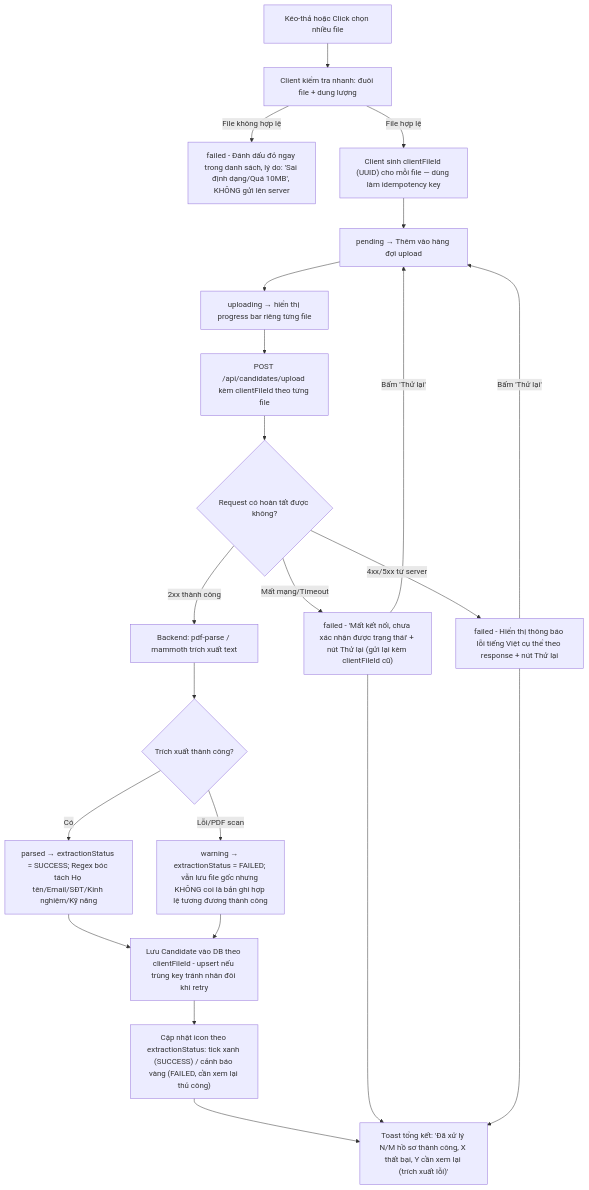
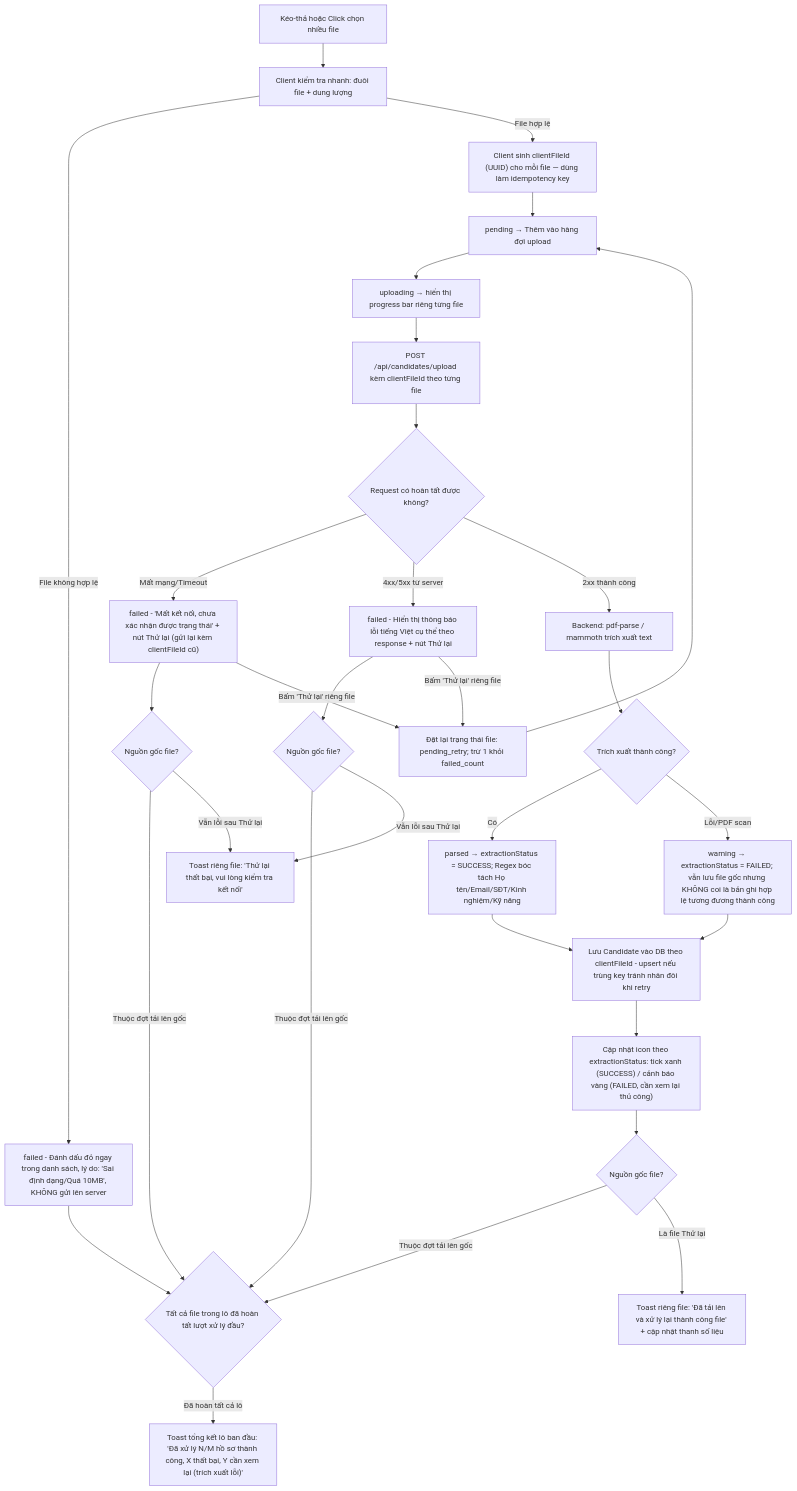
The third of 6 diagrams in docs/Chuong4/UserFlow.md (nadz1112/MikiriCV), drawn with Mermaid before and after one commit. The commit also changed other lines of this file and 1 other file, not shown here.

Commit message:
docs: resolve Sourcery review feedback and update Chapter 4 UX documents

````diff
--- a/docs/Chuong4/UserFlow.md
+++ b/docs/Chuong4/UserFlow.md
@@ -90,24 +90,37 @@
 ```mermaid
 flowchart TD
     A[Kéo-thả hoặc Click chọn nhiều file] --> B[Client kiểm tra nhanh: đuôi file + dung lượng]
     B -- File không hợp lệ --> C[failed - Đánh dấu đỏ ngay trong danh sách, lý do: 'Sai định dạng/Quá 10MB', KHÔNG gửi lên server]
     B -- File hợp lệ --> B2["Client sinh clientFileId (UUID) cho mỗi file — dùng làm idempotency key"]
     B2 --> D[pending → Thêm vào hàng đợi upload]
     D --> E[uploading → hiển thị progress bar riêng từng file]
     E --> F["POST /api/candidates/upload kèm clientFileId theo từng file"]
     F --> G{Request có hoàn tất được không?}
     G -- Mất mạng/Timeout --> H["failed - 'Mất kết nối, chưa xác nhận được trạng thái' + nút Thử lại (gửi lại kèm clientFileId cũ)"]
     G -- 4xx/5xx từ server --> I[failed - Hiển thị thông báo lỗi tiếng Việt cụ thể theo response + nút Thử lại]
     G -- 2xx thành công --> J[Backend: pdf-parse / mammoth trích xuất text]
     J --> K{Trích xuất thành công?}
     K -- Có --> L["parsed → extractionStatus = SUCCESS; Regex bóc tách Họ tên/Email/SĐT/Kinh nghiệm/Kỹ năng"]
     K -- Lỗi/PDF scan --> M["warning → extractionStatus = FAILED; vẫn lưu file gốc nhưng KHÔNG coi là bản ghi hợp lệ tương đương thành công"]
     L --> N[Lưu Candidate vào DB theo clientFileId - upsert nếu trùng key tránh nhân đôi khi retry]
     M --> N
     N --> O["Cập nhật icon theo extractionStatus: tick xanh (SUCCESS) / cảnh báo vàng (FAILED, cần xem lại thủ công)"]
-    H -- Bấm 'Thử lại' --> D
-    I -- Bấm 'Thử lại' --> D
-    O --> P["Toast tổng kết: 'Đã xử lý N/M hồ sơ thành công, X thất bại, Y cần xem lại (trích xuất lỗi)'"]
-    H --> P
-    I --> P
+
+    %% Luồng tổng hợp tiến trình theo lô ban đầu (Khắc phục bug-risk Nhận xét 3)
+    C --> CheckBatch{"Tất cả file trong lô đã hoàn tất lượt xử lý đầu?"}
+    O --> CheckSource{Nguồn gốc file?}
+    CheckSource -- Thuộc đợt tải lên gốc --> CheckBatch
+    H --> CheckSourceH{Nguồn gốc file?}
+    CheckSourceH -- Thuộc đợt tải lên gốc --> CheckBatch
+    I --> CheckSourceI{Nguồn gốc file?}
+    CheckSourceI -- Thuộc đợt tải lên gốc --> CheckBatch
+    CheckBatch -- Đã hoàn tất cả lô --> P["Toast tổng kết lô ban đầu: 'Đã xử lý N/M hồ sơ thành công, X thất bại, Y cần xem lại (trích xuất lỗi)'"]
+
+    %% Luồng Thử lại độc lập theo từng file (Per-file Retry)
+    H -- Bấm 'Thử lại' riêng file --> R_File["Đặt lại trạng thái file: pending_retry; trừ 1 khỏi failed_count"]
+    I -- Bấm 'Thử lại' riêng file --> R_File
+    R_File --> D
+    CheckSource -- Là file Thử lại --> P_RetrySuccess["Toast riêng file: 'Đã tải lên và xử lý lại thành công file' + cập nhật thanh số liệu"]
+    CheckSourceH -- Vẫn lỗi sau Thử lại --> P_RetryFail["Toast riêng file: 'Thử lại thất bại, vui lòng kiểm tra kết nối'"]
+    CheckSourceI -- Vẫn lỗi sau Thử lại --> P_RetryFail
 ```
````
